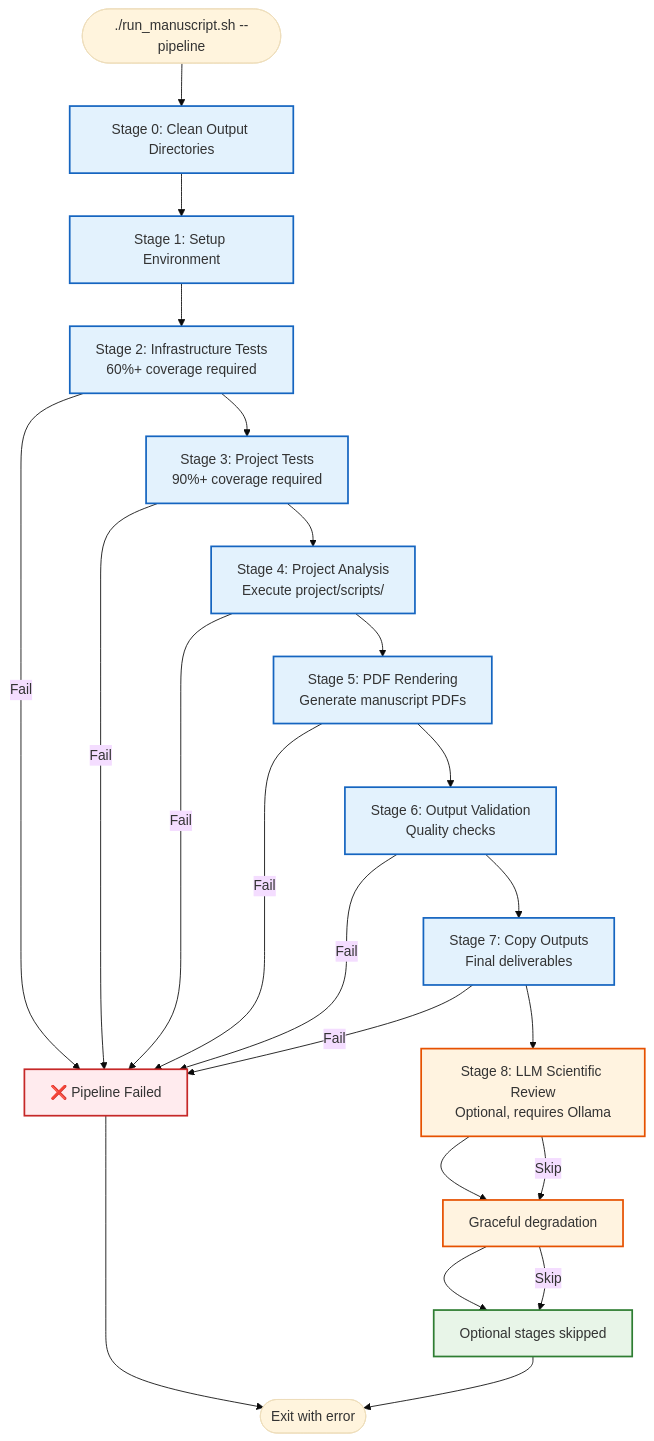
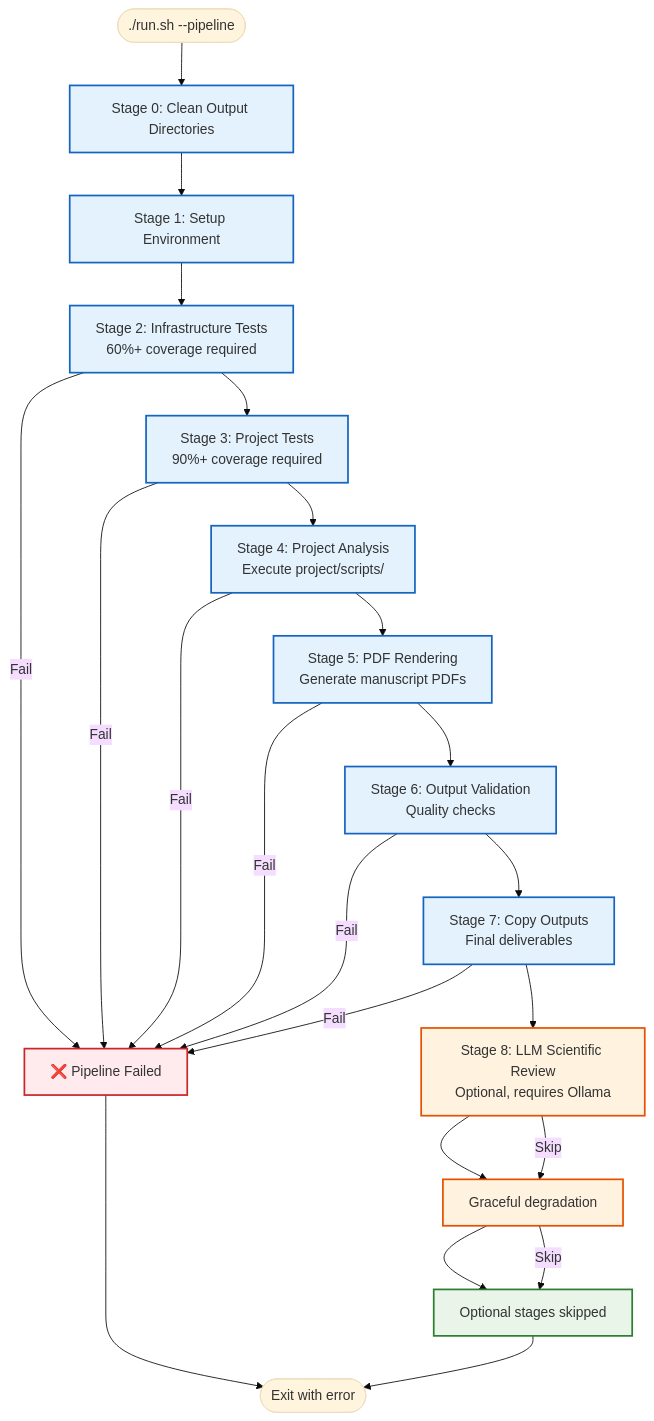
The seventh of 9 diagrams in README.md (docxology/template), drawn with Mermaid (base theme) before and after one commit. The commit also changed other lines of this file and 216 other files, not shown here.

````diff
--- a/README.md
+++ b/README.md
@@ -731,36 +731,36 @@
 ```mermaid
 flowchart TD
-    START([./run_manuscript.sh --pipeline]) --> STAGE0[Stage 0: Clean Output Directories]
+    START([./run.sh --pipeline]) --> STAGE0[Stage 0: Clean Output Directories]
     STAGE0 --> STAGE1[Stage 1: Setup Environment]
     STAGE1 --> STAGE2[Stage 2: Infrastructure Tests<br/>60%+ coverage required]
     STAGE2 --> STAGE3[Stage 3: Project Tests<br/>90%+ coverage required]
     STAGE3 --> STAGE4[Stage 4: Project Analysis<br/>Execute project/scripts/]
     STAGE4 --> STAGE5[Stage 5: PDF Rendering<br/>Generate manuscript PDFs]
     STAGE5 --> STAGE6[Stage 6: Output Validation<br/>Quality checks]
     STAGE6 --> STAGE7[Stage 7: Copy Outputs<br/>Final deliverables]
     STAGE7 --> STAGE8[Stage 8: LLM Scientific Review<br/>Optional, requires Ollama]
     STAGE8 --> STAGE9[Stage 9: LLM Translations<br/>Optional, requires Ollama]
     STAGE9 --> SUCCESS[✅ Build Complete<br/>~84s core + LLM time]
     
     STAGE2 -->|Fail| FAIL[❌ Pipeline Failed]
     STAGE3 -->|Fail| FAIL
     STAGE4 -->|Fail| FAIL
     STAGE5 -->|Fail| FAIL
     STAGE6 -->|Fail| FAIL
     STAGE7 -->|Fail| FAIL
     STAGE8 -->|Skip| STAGE9[Graceful degradation]
     STAGE9 -->|Skip| SUCCESS[Optional stages skipped]
     
     FAIL --> END([Exit with error])
     SUCCESS --> END
     
     classDef success fill:#e8f5e8,stroke:#2e7d32,stroke-width:2px
     classDef failure fill:#ffebee,stroke:#c62828,stroke-width:2px
     classDef process fill:#e3f2fd,stroke:#1565c0,stroke-width:2px
     classDef optional fill:#fff3e0,stroke:#e65100,stroke-width:2px
     
     class SUCCESS success
     class FAIL failure
     class STAGE0,STAGE1,STAGE2,STAGE3,STAGE4,STAGE5,STAGE6,STAGE7 process
     class STAGE8,STAGE9 optional
 ```
````
